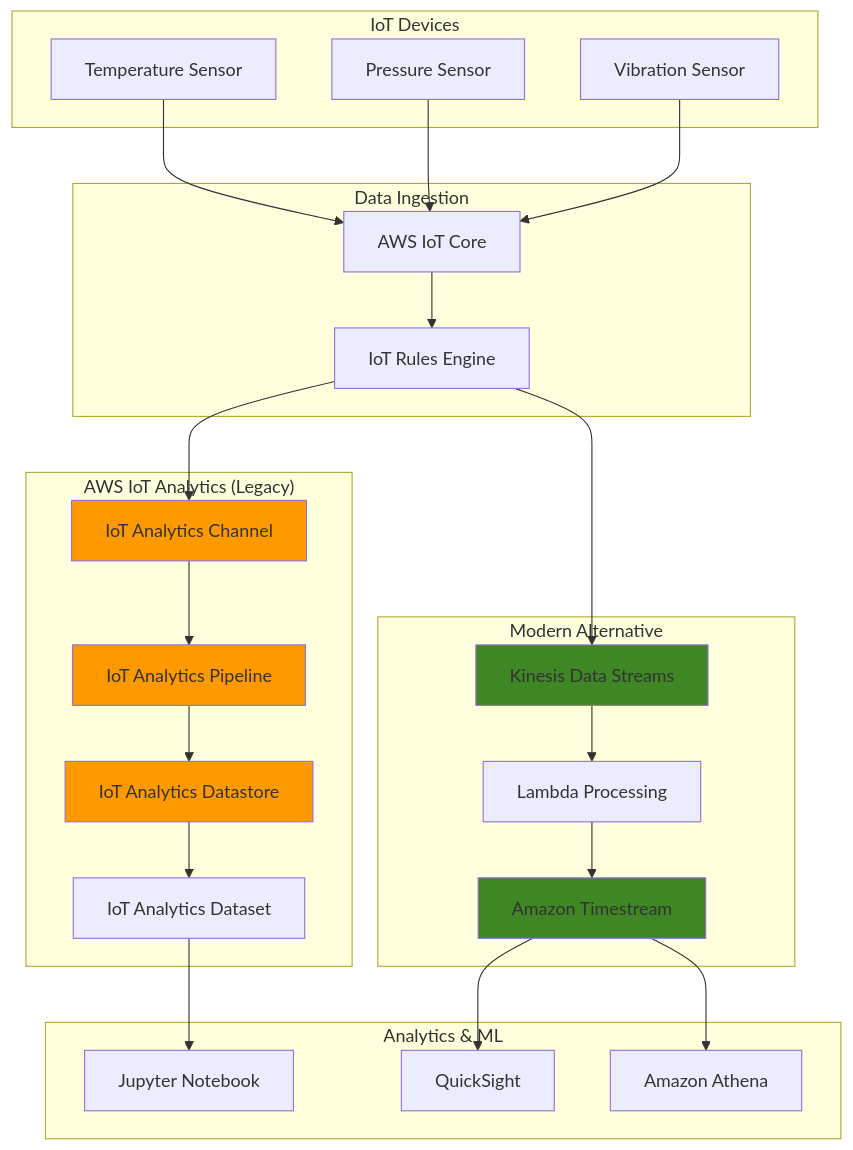
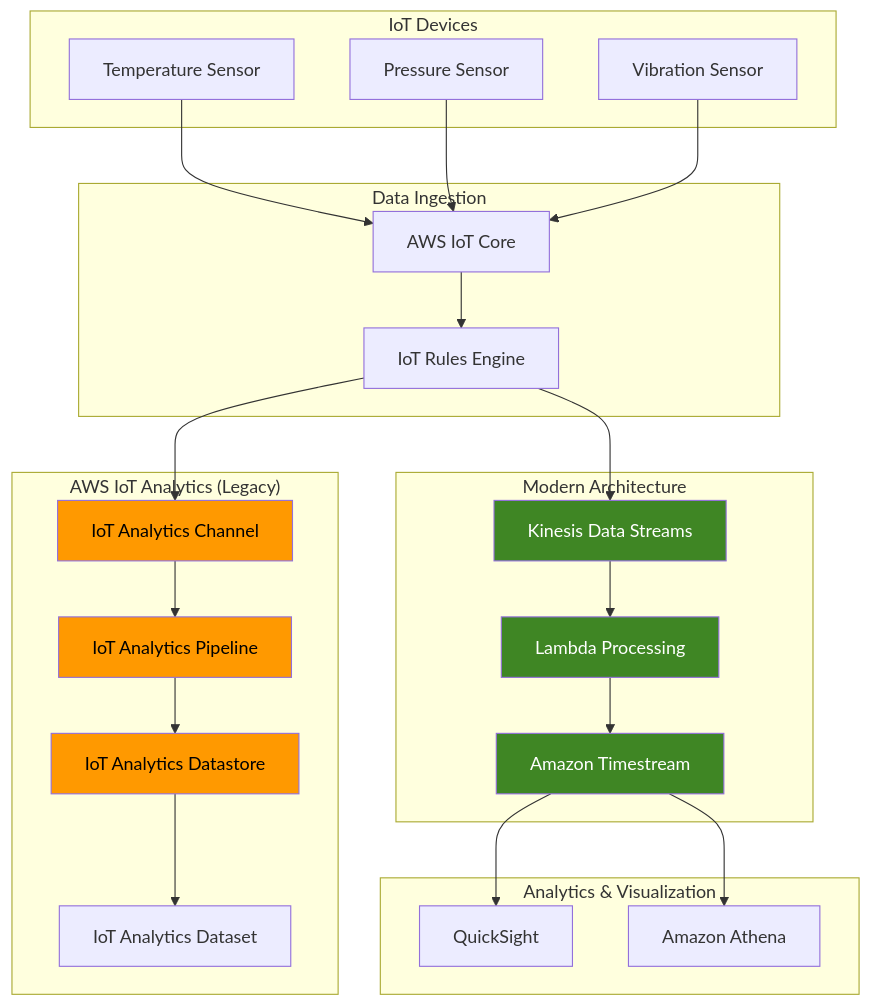
One commit to mzazon/awesome-cloud-projects changed the diagram in aws/iot-telemetry-analytics/iot-telemetry-analytics.md. Above: the diagram before and after it, drawn with Mermaid. The commit also changed other lines of this file and 5581 other files, not shown here.

````diff
--- a/aws/iot-telemetry-analytics/iot-telemetry-analytics.md
+++ b/aws/iot-telemetry-analytics/iot-telemetry-analytics.md
@@ -30,53 +30,52 @@
 ```mermaid
 graph TB
     subgraph "IoT Devices"
         D1[Temperature Sensor]
         D2[Pressure Sensor]
         D3[Vibration Sensor]
     end
     
     subgraph "Data Ingestion"
         IOT[AWS IoT Core]
         RULE[IoT Rules Engine]
     end
     
     subgraph "AWS IoT Analytics (Legacy)"
         CHANNEL[IoT Analytics Channel]
         PIPELINE[IoT Analytics Pipeline]
         DATASTORE[IoT Analytics Datastore]
         DATASET[IoT Analytics Dataset]
     end
     
-    subgraph "Modern Alternative"
+    subgraph "Modern Architecture"
         KINESIS[Kinesis Data Streams]
         LAMBDA[Lambda Processing]
         TIMESTREAM[Amazon Timestream]
     end
     
-    subgraph "Analytics & ML"
-        NOTEBOOK[Jupyter Notebook]
+    subgraph "Analytics & Visualization"
         QUICKSIGHT[QuickSight]
         ATHENA[Amazon Athena]
     end
     
     D1 --> IOT
     D2 --> IOT
     D3 --> IOT
     IOT --> RULE
     RULE --> CHANNEL
     RULE --> KINESIS
     CHANNEL --> PIPELINE
     PIPELINE --> DATASTORE
     DATASTORE --> DATASET
     KINESIS --> LAMBDA
     LAMBDA --> TIMESTREAM
-    DATASET --> NOTEBOOK
     TIMESTREAM --> QUICKSIGHT
     TIMESTREAM --> ATHENA
     
-    style CHANNEL fill:#FF9900
-    style PIPELINE fill:#FF9900
-    style DATASTORE fill:#FF9900
-    style KINESIS fill:#3F8624
-    style TIMESTREAM fill:#3F8624
+    style CHANNEL fill:#FF9900,color:#000
+    style PIPELINE fill:#FF9900,color:#000
+    style DATASTORE fill:#FF9900,color:#000
+    style KINESIS fill:#3F8624,color:#FFF
+    style LAMBDA fill:#3F8624,color:#FFF
+    style TIMESTREAM fill:#3F8624,color:#FFF
 ```
````
